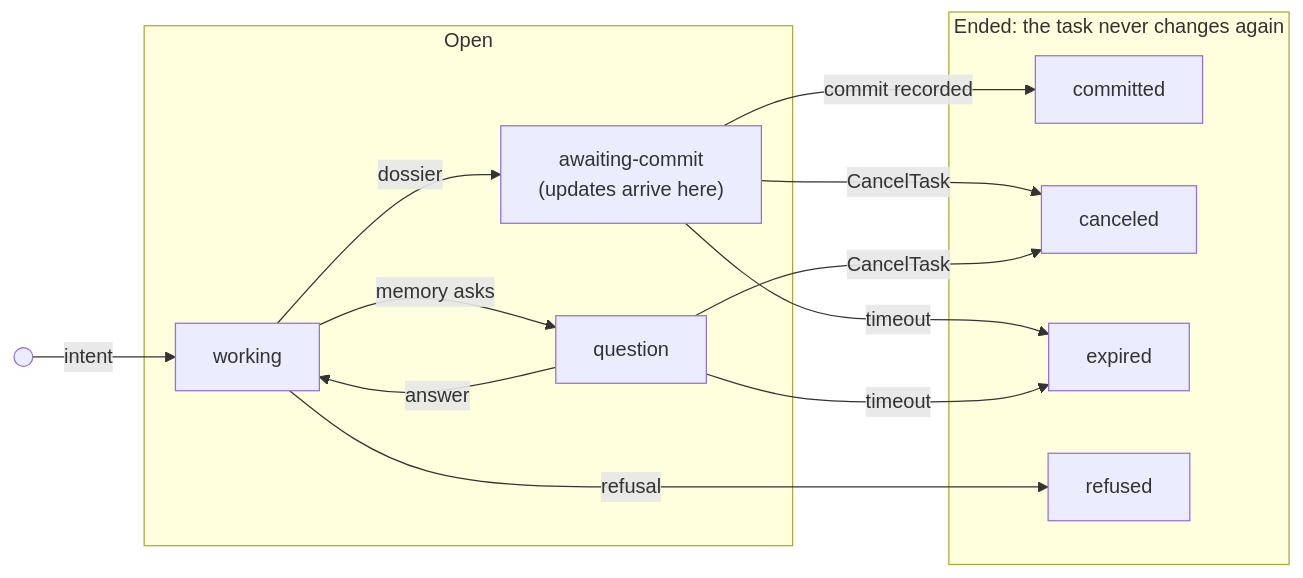
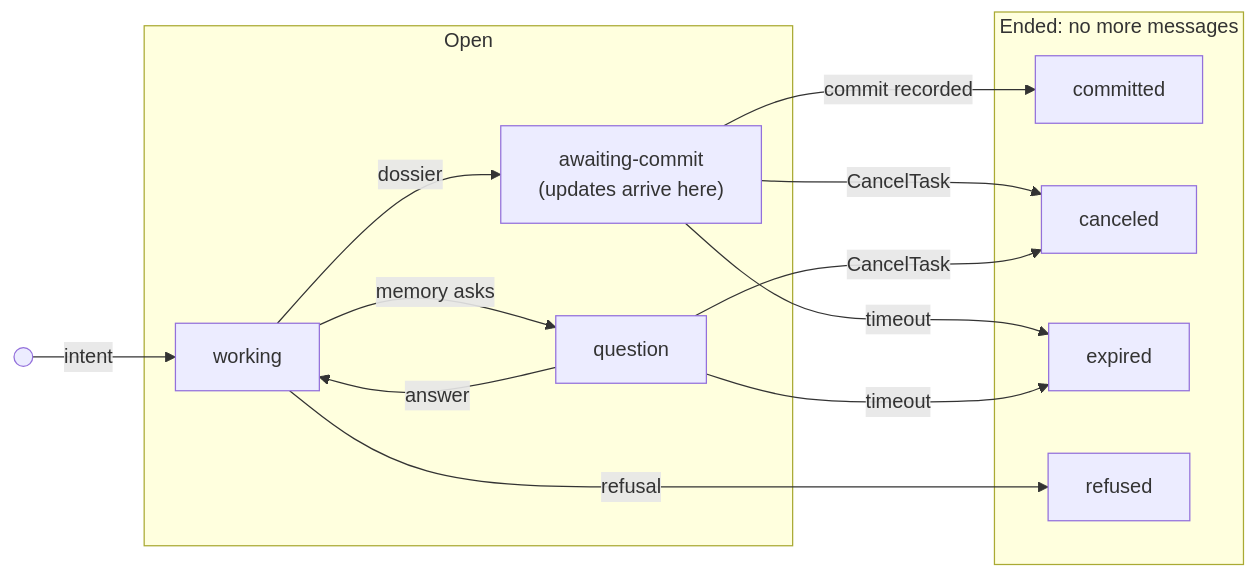
Before and after one commit to mem2a/mem2a: the second of 2 diagrams in spec/v0.1/mem2a.md, drawn with Mermaid. The commit also changed other lines of this file and 16 other files, not shown here.

````diff
--- a/spec/v0.1/mem2a.md
+++ b/spec/v0.1/mem2a.md
@@ -193,21 +193,21 @@
 ```mermaid
 flowchart LR
     S(( )) -->|intent| W[working]
     subgraph open [Open]
         W -->|memory asks| Q[question]
         Q -->|answer| W
         W -->|dossier| A["awaiting-commit<br/>(updates arrive here)"]
     end
-    subgraph ended [Ended: the task never changes again]
+    subgraph ended [Ended: no more messages]
         C[committed]
         X[canceled]
         E[expired]
         R[refused]
     end
     W -->|refusal| R
     A -->|commit recorded| C
     A -->|CancelTask| X
     Q -->|CancelTask| X
     A -->|timeout| E
     Q -->|timeout| E
 ```
````
